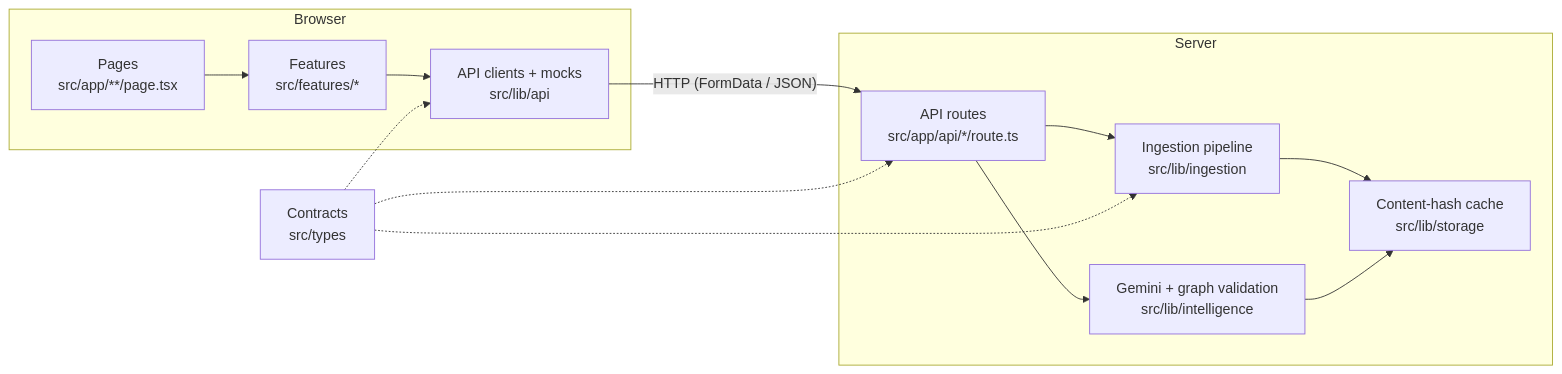
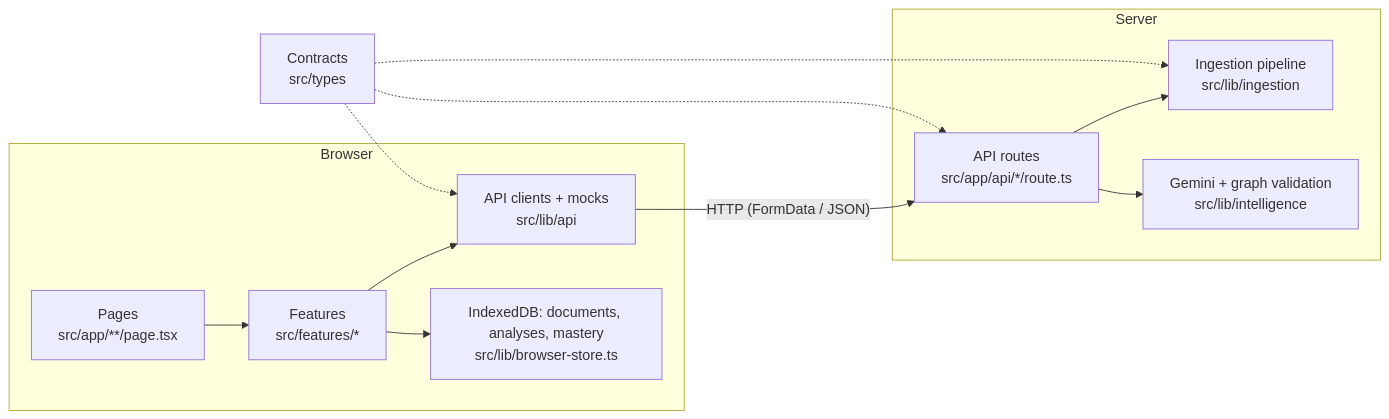
The diagram in docs/ARCHITECTURE.md (builtbybayn/hack-26), drawn with Mermaid before and after one commit. The commit also changed other lines of this file and 28 other files, not shown here.

````diff
--- a/docs/ARCHITECTURE.md
+++ b/docs/ARCHITECTURE.md
@@ -6,28 +6,27 @@
 ```mermaid
 flowchart LR
   subgraph Browser
     Page["Pages<br/>src/app/**/page.tsx"]
     Feature["Features<br/>src/features/*"]
     Client["API clients + mocks<br/>src/lib/api"]
+    Store["IndexedDB: documents, analyses, mastery<br/>src/lib/browser-store.ts"]
   end
 
   subgraph Server
     Route["API routes<br/>src/app/api/*/route.ts"]
     Ingestion["Ingestion pipeline<br/>src/lib/ingestion"]
     Intelligence["Gemini + graph validation<br/>src/lib/intelligence"]
-    Store["Content-hash cache<br/>src/lib/storage"]
   end
 
   Types["Contracts<br/>src/types"]
 
   Page --> Feature
   Feature --> Client
   Client -- "HTTP (FormData / JSON)" --> Route
   Route --> Ingestion
   Route --> Intelligence
-  Ingestion --> Store
-  Intelligence --> Store
+  Feature --> Store
   Types -.-> Client
   Types -.-> Route
   Types -.-> Ingestion
 ```
````
